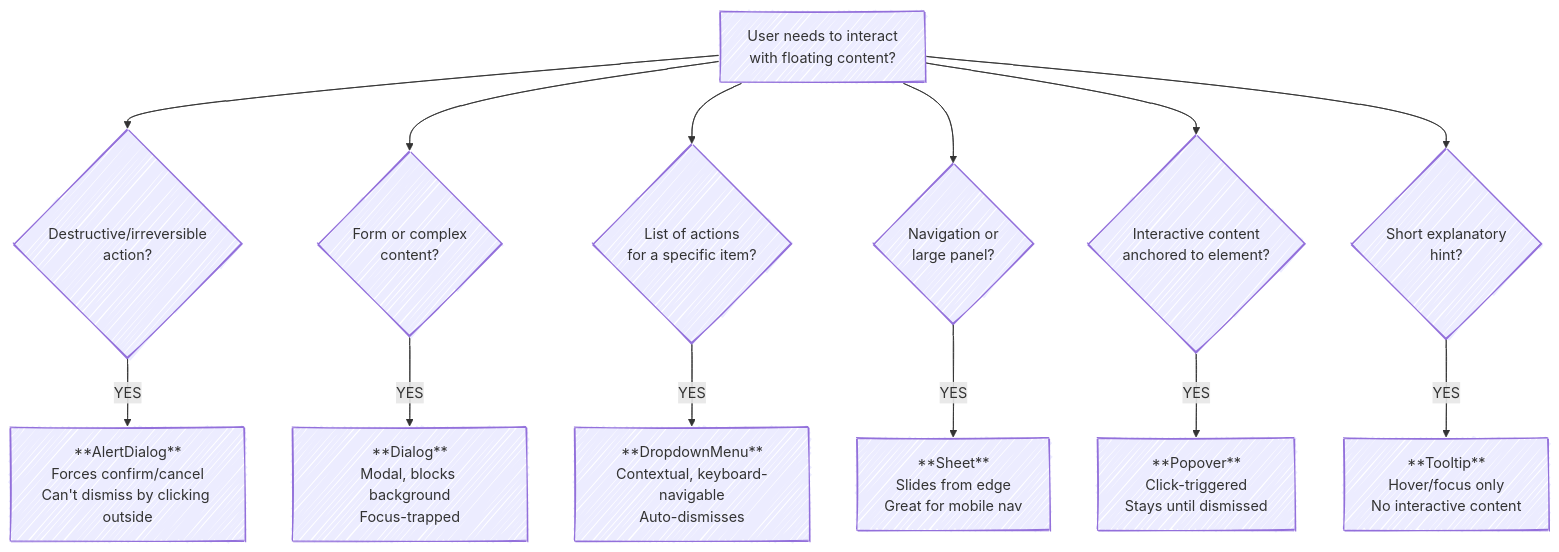
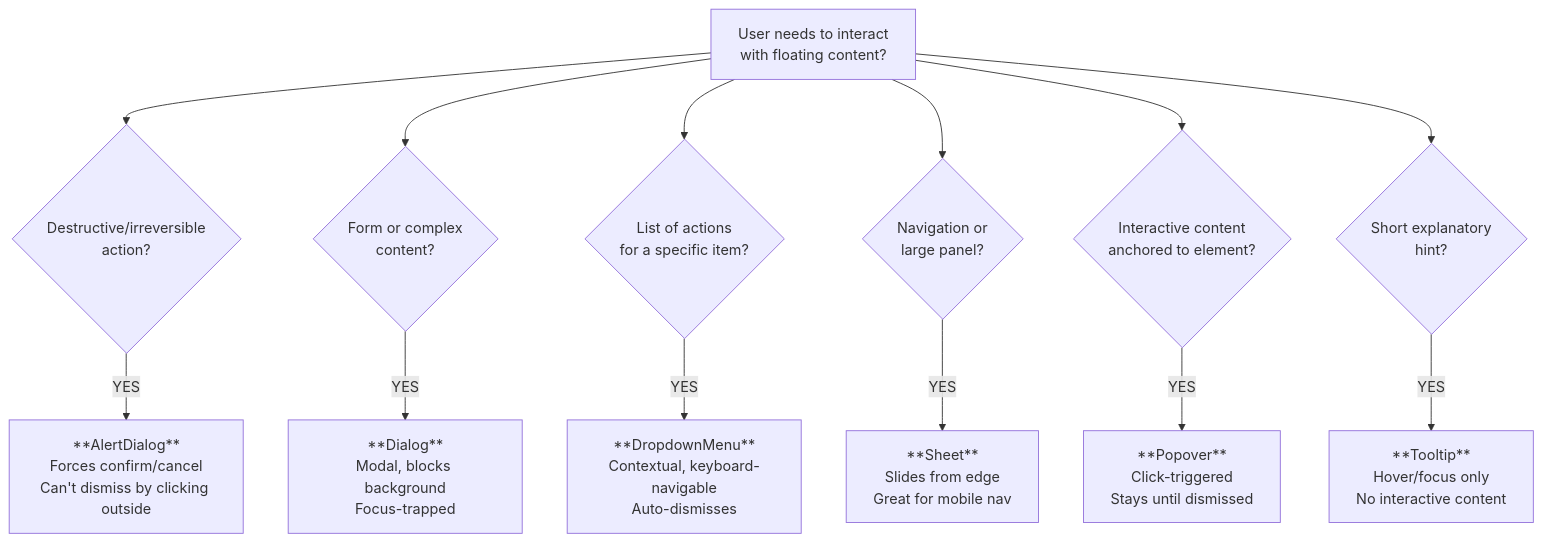
Before and after one commit to bobby-openclaw/react-learning: the diagram in chapters/12-shadcn-complex-components/CHAPTER.md, drawn with Mermaid. The commit also changed 25 other files, not shown here.

First line of the commit message:
docs: replace all ASCII diagrams with Mermaid, remove sketch style

````diff
--- a/chapters/12-shadcn-complex-components/CHAPTER.md
+++ b/chapters/12-shadcn-complex-components/CHAPTER.md
@@ -536,17 +536,17 @@
 ```mermaid
-%%{init: {'theme': 'default', 'look': 'handDrawn'}}%%
+%%{init: {'theme':'default'}}%%
 flowchart TD
-    Q["User needs to interact\nwith floating content?"]
-    Q --> D1{"Destructive/irreversible\naction?"}
-    Q --> D2{"Form or complex\ncontent?"}
-    Q --> D3{"List of actions\nfor a specific item?"}
-    Q --> D4{"Navigation or\nlarge panel?"}
-    Q --> D5{"Interactive content\nanchored to element?"}
-    Q --> D6{"Short explanatory\nhint?"}
-    D1 -- YES --> A1["**AlertDialog**\nForces confirm/cancel\nCan't dismiss by clicking outside"]
-    D2 -- YES --> A2["**Dialog**\nModal, blocks background\nFocus-trapped"]
-    D3 -- YES --> A3["**DropdownMenu**\nContextual, keyboard-navigable\nAuto-dismisses"]
-    D4 -- YES --> A4["**Sheet**\nSlides from edge\nGreat for mobile nav"]
-    D5 -- YES --> A5["**Popover**\nClick-triggered\nStays until dismissed"]
-    D6 -- YES --> A6["**Tooltip**\nHover/focus only\nNo interactive content"]
+    Q["User needs to interact<br/>with floating content?"]
+    Q --> D1{"Destructive/irreversible<br/>action?"}
+    Q --> D2{"Form or complex<br/>content?"}
+    Q --> D3{"List of actions<br/>for a specific item?"}
+    Q --> D4{"Navigation or<br/>large panel?"}
+    Q --> D5{"Interactive content<br/>anchored to element?"}
+    Q --> D6{"Short explanatory<br/>hint?"}
+    D1 -- YES --> A1["**AlertDialog**<br/>Forces confirm/cancel<br/>Can't dismiss by clicking outside"]
+    D2 -- YES --> A2["**Dialog**<br/>Modal, blocks background<br/>Focus-trapped"]
+    D3 -- YES --> A3["**DropdownMenu**<br/>Contextual, keyboard-navigable<br/>Auto-dismisses"]
+    D4 -- YES --> A4["**Sheet**<br/>Slides from edge<br/>Great for mobile nav"]
+    D5 -- YES --> A5["**Popover**<br/>Click-triggered<br/>Stays until dismissed"]
+    D6 -- YES --> A6["**Tooltip**<br/>Hover/focus only<br/>No interactive content"]
 ```
````
